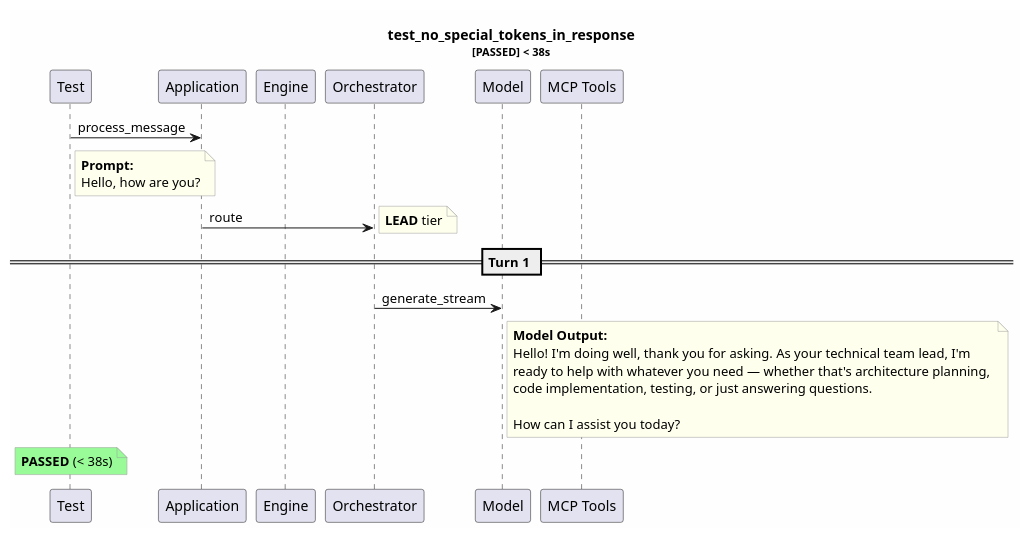
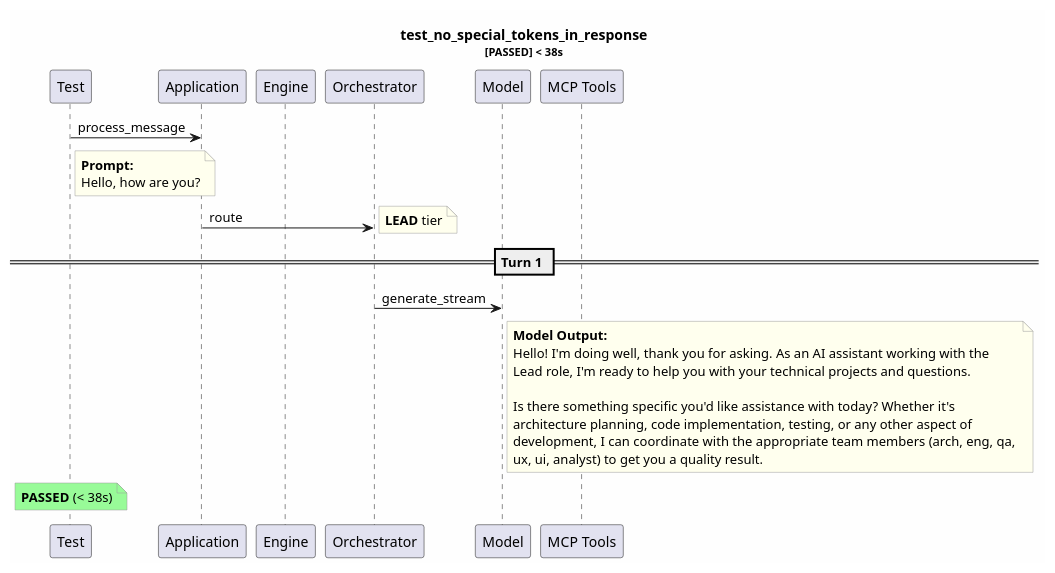
Before and after one commit to tvanfossen/entropic: the diagram in test-reports/logs/test_no_special_tokens_in_response/test_no_special_tokens_in_response.puml, drawn with PlantUML. The commit also changed 14 other files, not shown here.

```diff
--- a/test-reports/logs/test_no_special_tokens_in_response/test_no_special_tokens_in_response.puml
+++ b/test-reports/logs/test_no_special_tokens_in_response/test_no_special_tokens_in_response.puml
@@ -1,35 +1,37 @@
 @startuml
 skinparam backgroundColor #FEFEFE
 skinparam noteBorderColor #999999
 skinparam noteBackgroundColor #FFFFEE
 title test_no_special_tokens_in_response\n<size:11>[PASSED] < 38s</size>
 
 participant "Test" as T
 participant "Application" as App
 participant "Engine" as Eng
 participant "Orchestrator" as Orch
 participant "Model" as Mdl
 participant "MCP Tools" as MCP
 
 T -> App: process_message
 note right of T
   **Prompt:**
   Hello, how are you?
 end note
 App -> Orch: route
 note right: **LEAD** tier
 == Turn 1 ==
 Orch -> Mdl: generate_stream
 note right of Mdl
   **Model Output:**
-  Hello! I'm doing well, thank you for asking. As your technical team lead, I'm 
-  ready to help with whatever you need — whether that's architecture planning, 
-  code implementation, testing, or just answering questions.
+  Hello! I'm doing well, thank you for asking. As an AI assistant working with the
+  Lead role, I'm ready to help you with your technical projects and questions.
   
-  How can I assist you today?
+  Is there something specific you'd like assistance with today? Whether it's 
+  architecture planning, code implementation, testing, or any other aspect of 
+  development, I can coordinate with the appropriate team members (arch, eng, qa, 
+  ux, ui, analyst) to get you a quality result.
 end note
 note over T #palegreen
   **PASSED** (< 38s)
 end note
 
 @enduml
```
